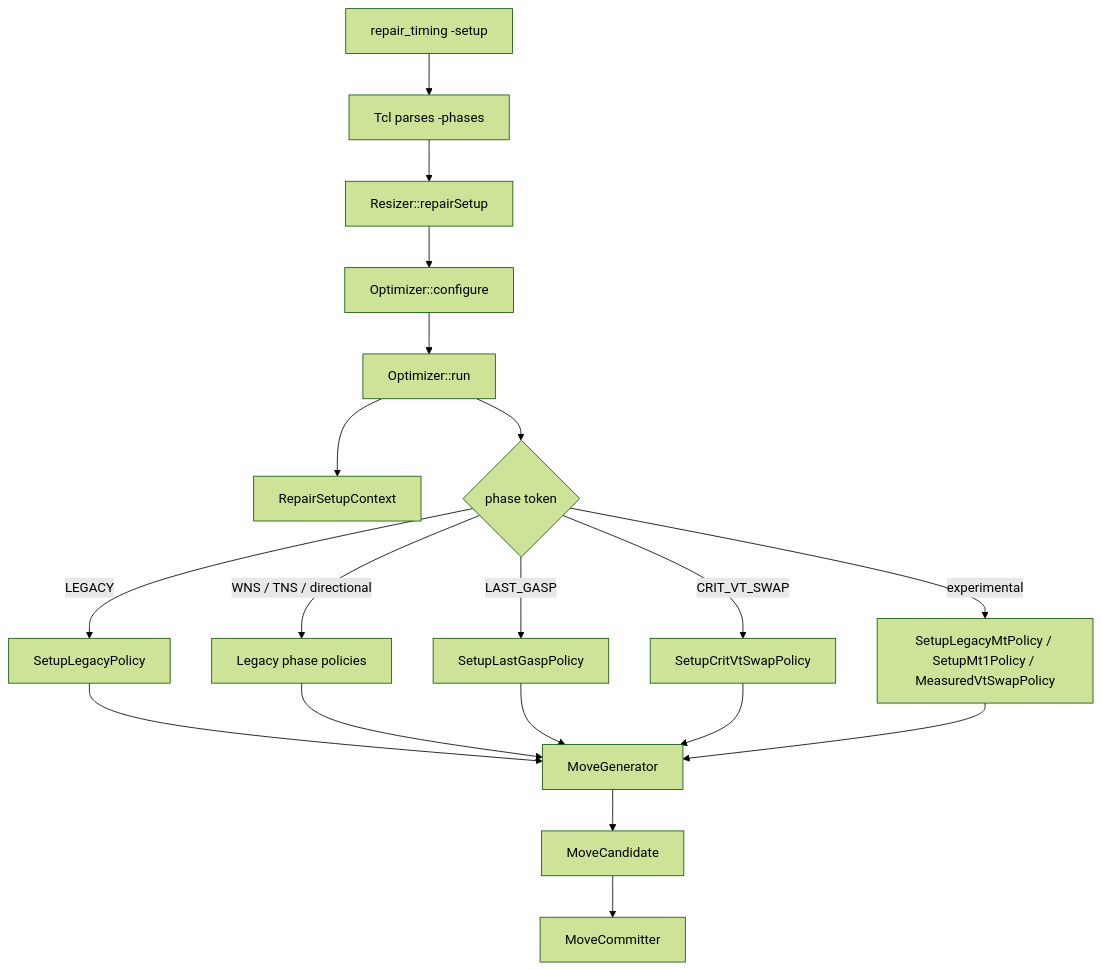
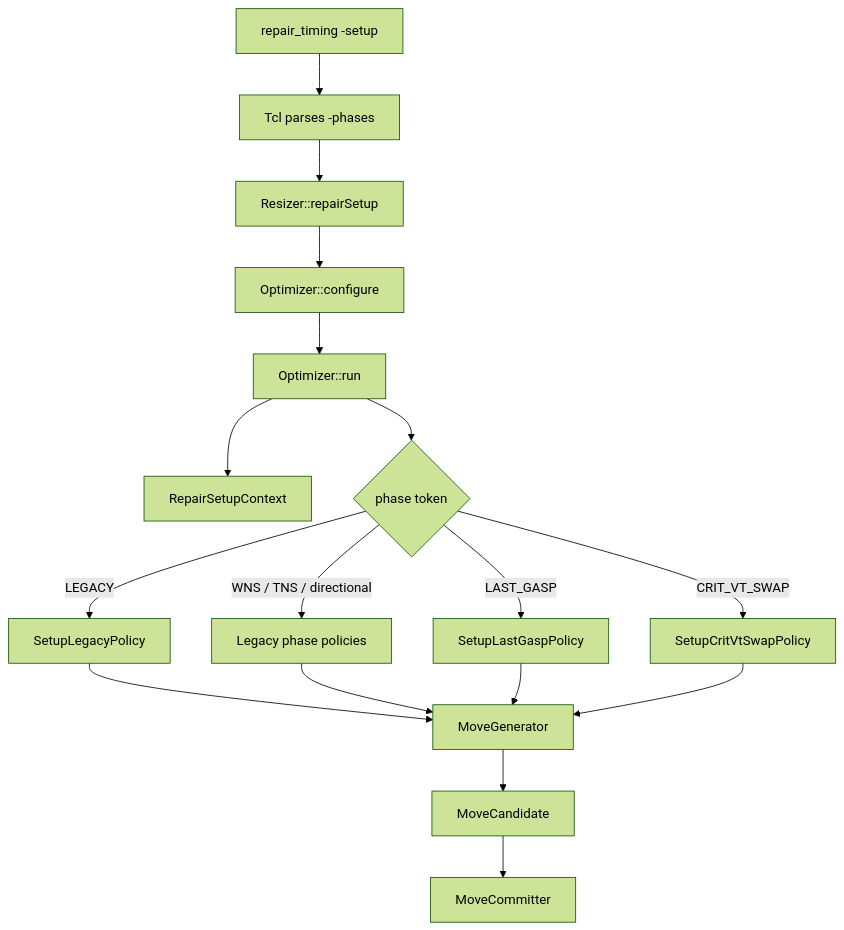
The first of 2 diagrams in src/rsz/doc/architecture.md (The-OpenROAD-Project/OpenROAD), drawn with Mermaid (forest theme) before and after one commit. The commit also changed other lines of this file and 44 other files, not shown here.

First line of the commit message:
rsz: Remove MT1, MEASURED_VT_SWAP, LEGACY_MT and the RSZ_* knobs

````diff
--- a/src/rsz/doc/architecture.md
+++ b/src/rsz/doc/architecture.md
@@ -110,21 +87,19 @@
 ```mermaid
 flowchart TD
     A[repair_timing -setup] --> B[Tcl parses -phases]
     B --> C[Resizer::repairSetup]
     C --> D[Optimizer::configure]
     D --> E[Optimizer::run]
     E --> F[RepairSetupContext]
     E --> G{phase token}
     G -->|LEGACY| H[SetupLegacyPolicy]
     G -->|WNS / TNS / directional| I[Legacy phase policies]
     G -->|LAST_GASP| J[SetupLastGaspPolicy]
     G -->|CRIT_VT_SWAP| K[SetupCritVtSwapPolicy]
-    G -->|experimental| L[SetupLegacyMtPolicy / SetupMt1Policy / MeasuredVtSwapPolicy]
     H --> M[MoveGenerator]
     I --> M
     J --> M
     K --> M
-    L --> M
     M --> N[MoveCandidate]
     N --> O[MoveCommitter]
 ```
````
